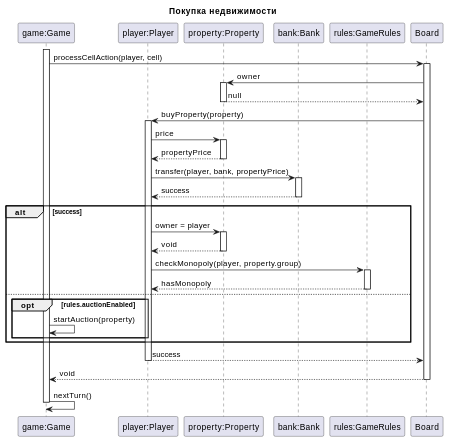
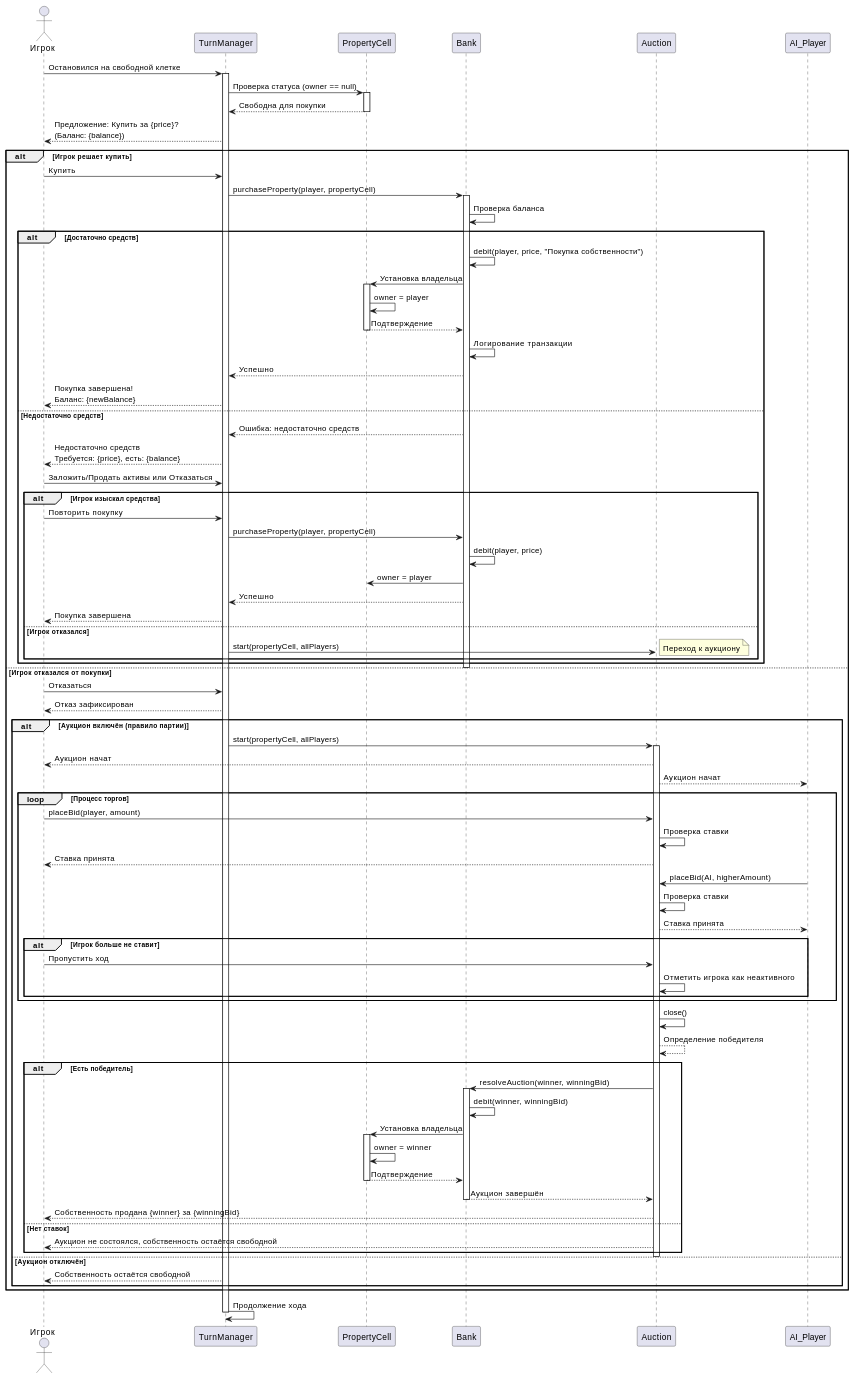
One commit to penamarth/bsbo-02-23_team4_var14_monopoly changed the diagram in Прецеденты/Покупка недвижимости/Диаграмма последовательности.md. Above: the diagram before and after it, drawn with PlantUML. The commit also changed 9 other files, not shown here.

````diff
--- a/Прецеденты/Покупка недвижимости/Диаграмма последовательности.md
+++ b/Прецеденты/Покупка недвижимости/Диаграмма последовательности.md
@@ -1,59 +3,105 @@
 ```plantuml
 @startuml
-title Покупка недвижимости
+actor "Игрок" as Player
+participant "TurnManager" as TM
+participant "PropertyCell" as PC
+participant "Bank" as Bank
+participant "Auction" as Auction
+participant "AI_Player" as AI
 
-participant "game:Game" as Game
-participant "player:Player" as Player
-participant "property:Property" as Property
-participant "bank:Bank" as Bank
-participant "rules:GameRules" as Rules
+Player -> TM: Остановился на свободной клетке
+activate TM
+TM -> PC: Проверка статуса (owner == null)
+activate PC
+PC --> TM: Свободна для покупки
+deactivate PC
 
-activate Game
-Game -> Board: processCellAction(player, cell)
-activate Board
+TM --> Player: Предложение: Купить за {price}?\n(Баланс: {balance})
 
-Board -> Property: owner
-activate Property
-Property --> Board: null
-deactivate Property
-
-Board -> Player: buyProperty(property)
-activate Player
-
-Player -> Property: price
-activate Property
-Property --> Player: propertyPrice
-deactivate Property
-
-Player -> Bank: transfer(player, bank, propertyPrice)
-activate Bank
-Bank --> Player: success
-deactivate Bank
-
-alt success
-    Player -> Property: owner = player
-    activate Property
-    Property --> Player: void
-    deactivate Property
+alt Игрок решает купить
+    Player -> TM: Купить
+    TM -> Bank: purchaseProperty(player, propertyCell)
+    activate Bank
+    Bank -> Bank: Проверка баланса
+    alt Достаточно средств
+        Bank -> Bank: debit(player, price, "Покупка собственности")
+        Bank -> PC: Установка владельца
+        activate PC
+        PC -> PC: owner = player
+        PC --> Bank: Подтверждение
+        deactivate PC
+        Bank -> Bank: Логирование транзакции
+        Bank --> TM: Успешно
+        TM --> Player: Покупка завершена!\nБаланс: {newBalance}
+    else Недостаточно средств
+        Bank --> TM: Ошибка: недостаточно средств
+        TM --> Player: Недостаточно средств\nТребуется: {price}, есть: {balance}
+        Player -> TM: Заложить/Продать активы или Отказаться
+        alt Игрок изыскал средства
+            Player -> TM: Повторить покупку
+            TM -> Bank: purchaseProperty(player, propertyCell)
+            Bank -> Bank: debit(player, price)
+            Bank -> PC: owner = player
+            Bank --> TM: Успешно
+            TM --> Player: Покупка завершена
+        else Игрок отказался
+            TM -> Auction: start(propertyCell, allPlayers)
+            note right: Переход к аукциону
+        end
+    end
+    deactivate Bank
     
-    Player -> Rules: checkMonopoly(player, property.group)
-    activate Rules
-    Rules --> Player: hasMonopoly
-    deactivate Rules
-else
-    opt rules.auctionEnabled
-        Game -> Game: startAuction(property)
+else Игрок отказался от покупки
+    Player -> TM: Отказаться
+    TM --> Player: Отказ зафиксирован
+    
+    alt Аукцион включён (правило партии)
+        TM -> Auction: start(propertyCell, allPlayers)
+        activate Auction
+        Auction --> Player: Аукцион начат
+        Auction --> AI: Аукцион начат
+        
+        loop Процесс торгов
+            Player -> Auction: placeBid(player, amount)
+            Auction -> Auction: Проверка ставки
+            Auction --> Player: Ставка принята
+            
+            AI -> Auction: placeBid(AI, higherAmount)
+            Auction -> Auction: Проверка ставки
+            Auction --> AI: Ставка принята
+            
+            alt Игрок больше не ставит
+                Player -> Auction: Пропустить ход
+                Auction -> Auction: Отметить игрока как неактивного
+            end
+        end
+        
+        Auction -> Auction: close()
+        Auction --> Auction: Определение победителя
+        
+        alt Есть победитель
+            Auction -> Bank: resolveAuction(winner, winningBid)
+            activate Bank
+            Bank -> Bank: debit(winner, winningBid)
+            Bank -> PC: Установка владельца
+            activate PC
+            PC -> PC: owner = winner
+            PC --> Bank: Подтверждение
+            deactivate PC
+            Bank --> Auction: Аукцион завершён
+            deactivate Bank
+            Auction --> Player: Собственность продана {winner} за {winningBid}
+        else Нет ставок
+            Auction --> Player: Аукцион не состоялся, собственность остаётся свободной
+        end
+        deactivate Auction
+    else Аукцион отключён
+        TM --> Player: Собственность остаётся свободной
     end
 end
 
-Player --> Board: success
-deactivate Player
-
-Board --> Game: void
-deactivate Board
-
-Game -> Game: nextTurn()
-deactivate Game
+TM -> TM: Продолжение хода
+deactivate TM
 
 @enduml
 ```
````
